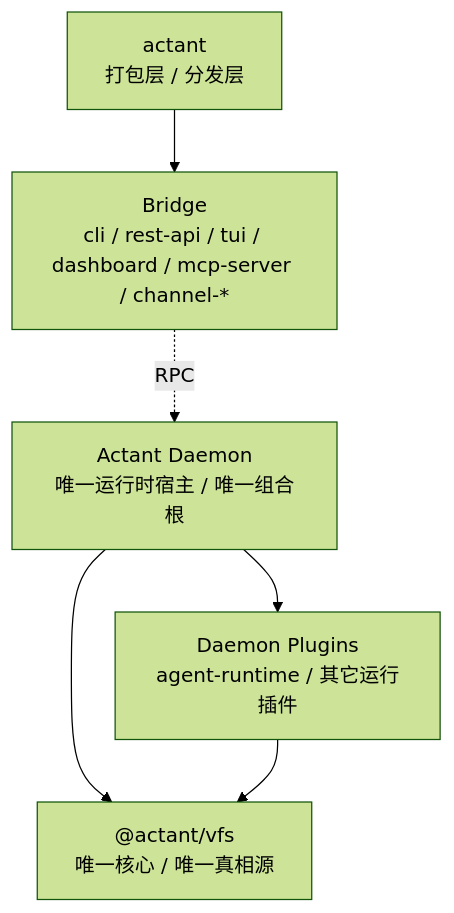
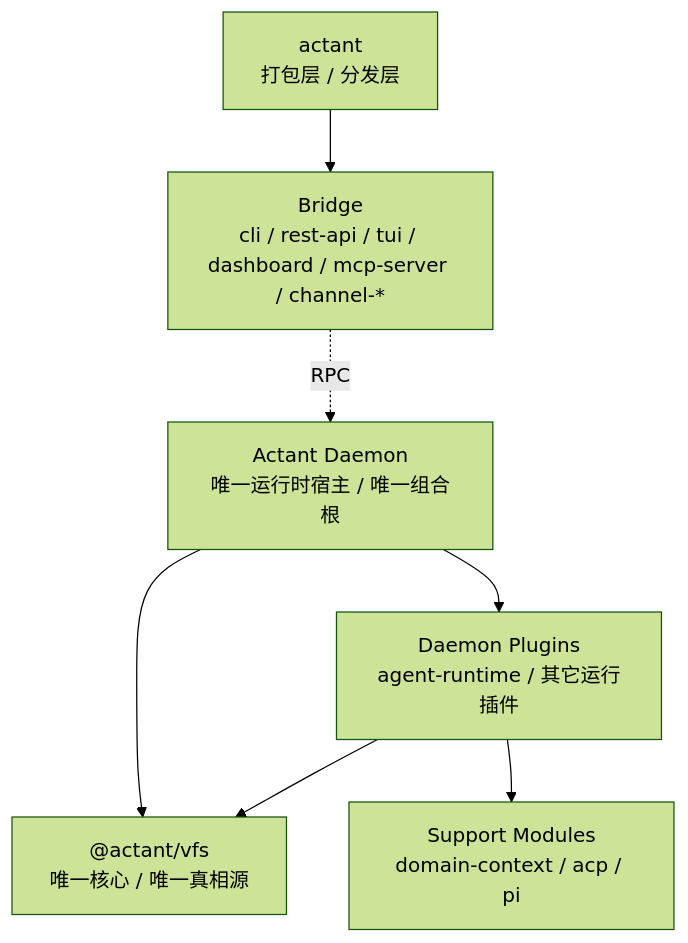
The first of 2 diagrams in docs/design/actant-vfs-reference-architecture.md (blackplume233/Actant), drawn with Mermaid (forest theme) before and after one commit. The commit also changed other lines of this file and 16 other files, not shown here.

````diff
--- a/docs/design/actant-vfs-reference-architecture.md
+++ b/docs/design/actant-vfs-reference-architecture.md
@@ -30,23 +32,27 @@
 ```mermaid
 flowchart TB
     ACTANT["actant
 打包层 / 分发层"]
 
     BRIDGE["Bridge
 cli / rest-api / tui / dashboard / mcp-server / channel-*"]
 
     DAEMON["Actant Daemon
 唯一运行时宿主 / 唯一组合根"]
 
     VFS["@actant/vfs
 唯一核心 / 唯一真相源"]
 
     PLUGINS["Daemon Plugins
 agent-runtime / 其它运行插件"]
 
+    SUPPORT["Support Modules
+domain-context / acp / pi"]
+
     ACTANT --> BRIDGE
     BRIDGE -. RPC .-> DAEMON
     DAEMON --> PLUGINS
     DAEMON --> VFS
     PLUGINS --> VFS
+    PLUGINS --> SUPPORT
 ```
````
